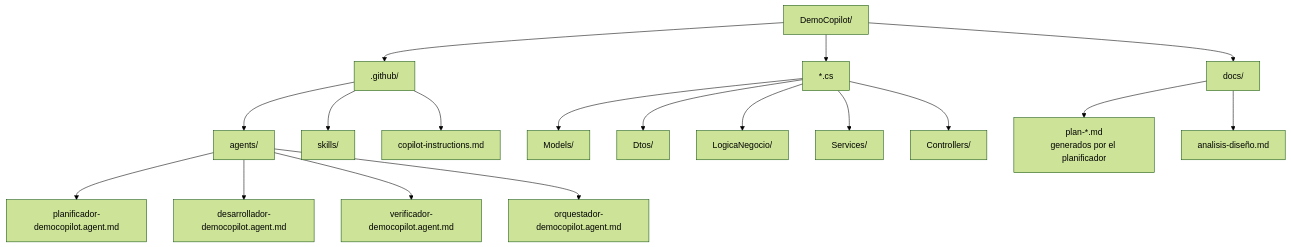
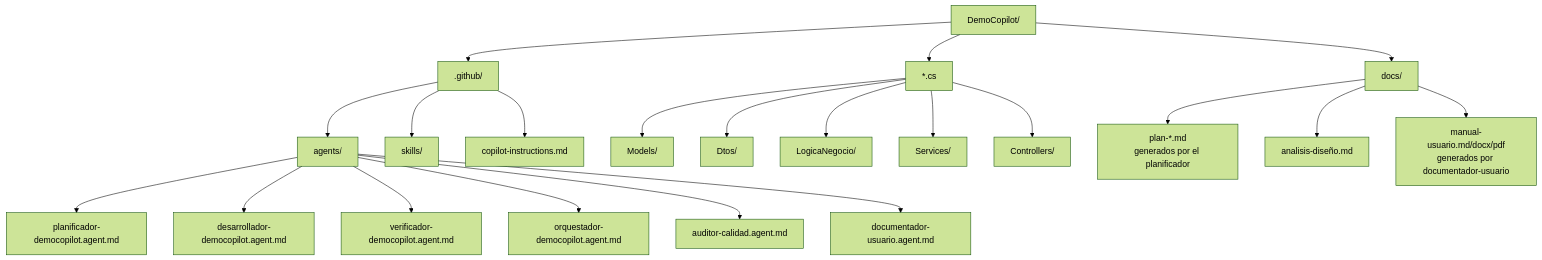
One commit to hispafox/DemoCopilot changed the sixth of 6 diagrams in docs/ARQUITECTURA-AGENTES.md. Above: the diagram before and after it, drawn with Mermaid (forest theme). The commit also changed other lines of this file and 2 other files, not shown here.

First line of the commit message:
feat(agents): añadir agente documentador-usuario

````diff
--- a/docs/ARQUITECTURA-AGENTES.md
+++ b/docs/ARQUITECTURA-AGENTES.md
@@ -165,24 +167,27 @@
 ```mermaid
 flowchart TD
     ROOT[DemoCopilot/]
     ROOT --> DOTG[.github/]
     ROOT --> SRC[*.cs]
     ROOT --> DOCS[docs/]
 
     DOTG --> AG[agents/]
     DOTG --> SK[skills/]
     DOTG --> CI[copilot-instructions.md]
     AG --> A1[planificador-democopilot.agent.md]
     AG --> A2[desarrollador-democopilot.agent.md]
     AG --> A3[verificador-democopilot.agent.md]
     AG --> A4[orquestador-democopilot.agent.md]
+    AG --> A5[auditor-calidad.agent.md]
+    AG --> A6[documentador-usuario.agent.md]
 
     SRC --> M[Models/]
     SRC --> D[Dtos/]
     SRC --> L[LogicaNegocio/]
     SRC --> S[Services/]
     SRC --> C[Controllers/]
 
     DOCS --> PL[plan-*.md<br/>generados por el planificador]
     DOCS --> AD[analisis-diseño.md]
+    DOCS --> MU[manual-usuario.md/docx/pdf<br/>generados por documentador-usuario]
 ```
````
